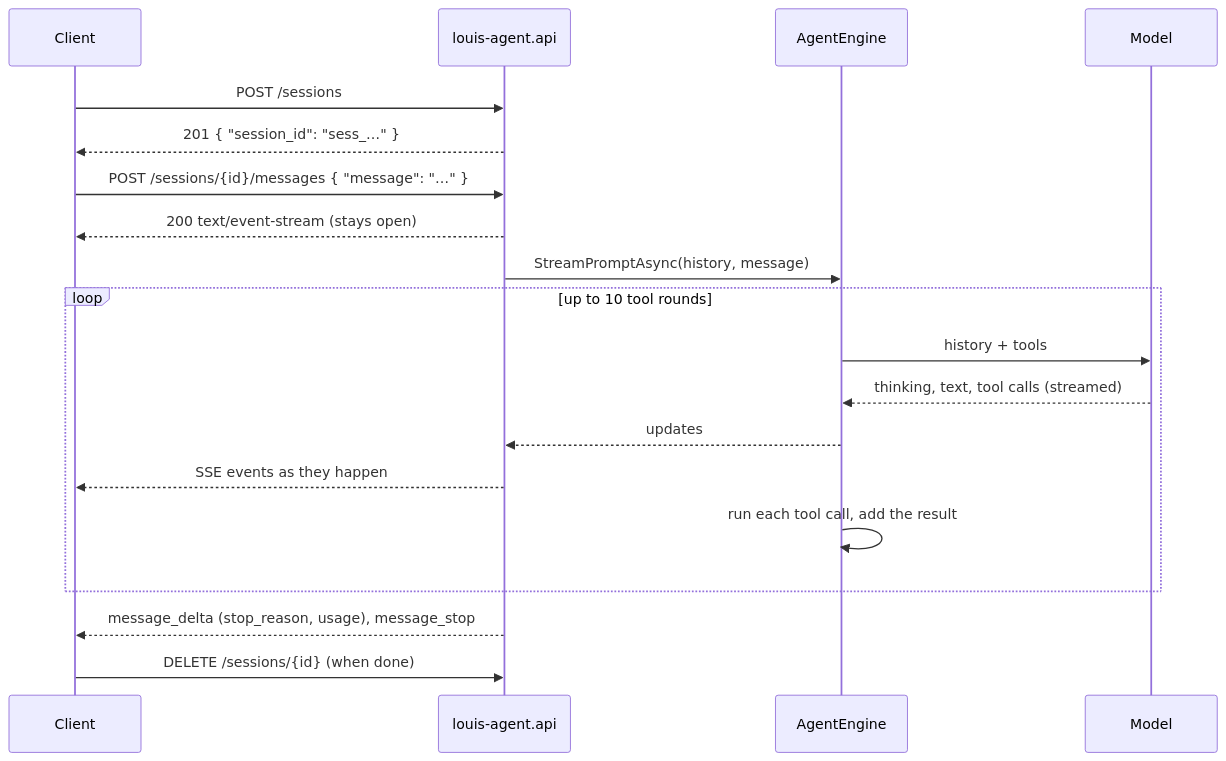
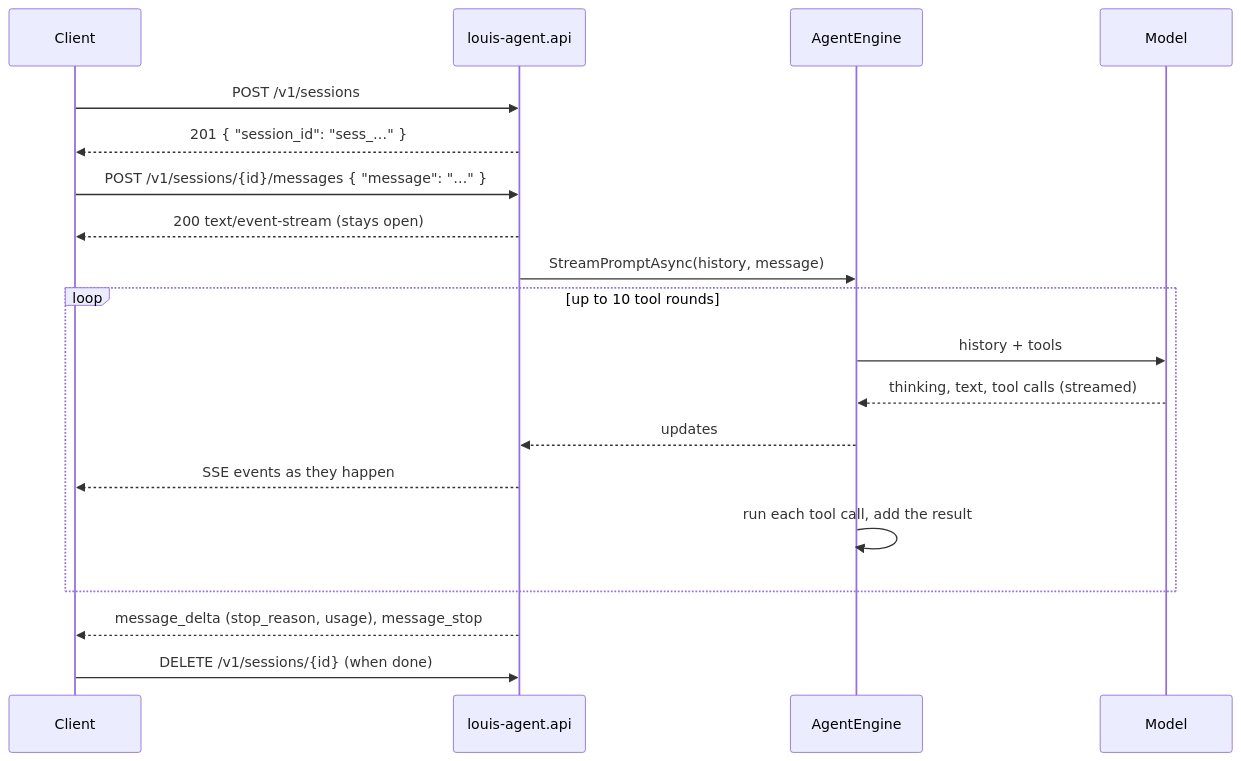
The second of 3 diagrams in docs/AGENT_COMMUNICATION.md (bosbevk/louis-agent), drawn with Mermaid before and after one commit. The commit also changed other lines of this file and 57 other files, not shown here.

````diff
--- a/docs/AGENT_COMMUNICATION.md
+++ b/docs/AGENT_COMMUNICATION.md
@@ -98,22 +105,22 @@
 ```mermaid
 sequenceDiagram
     participant C as Client
     participant A as louis-agent.api
     participant E as AgentEngine
     participant M as Model
 
-    C->>A: POST /sessions
+    C->>A: POST /v1/sessions
     A-->>C: 201 { "session_id": "sess_…" }
-    C->>A: POST /sessions/{id}/messages { "message": "…" }
+    C->>A: POST /v1/sessions/{id}/messages { "message": "…" }
     A-->>C: 200 text/event-stream (stays open)
     A->>E: StreamPromptAsync(history, message)
     loop up to 10 tool rounds
         E->>M: history + tools
         M-->>E: thinking, text, tool calls (streamed)
         E-->>A: updates
         A-->>C: SSE events as they happen
         E->>E: run each tool call, add the result
     end
     A-->>C: message_delta (stop_reason, usage), message_stop
-    C->>A: DELETE /sessions/{id} (when done)
+    C->>A: DELETE /v1/sessions/{id} (when done)
 ```
````
